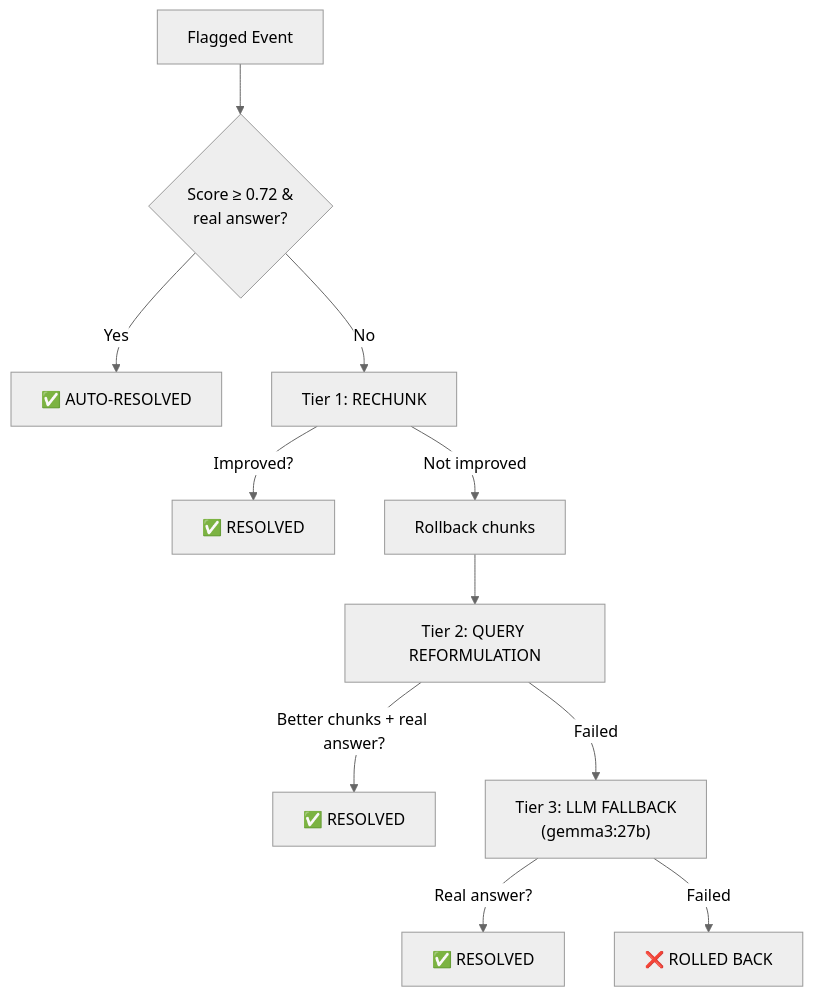
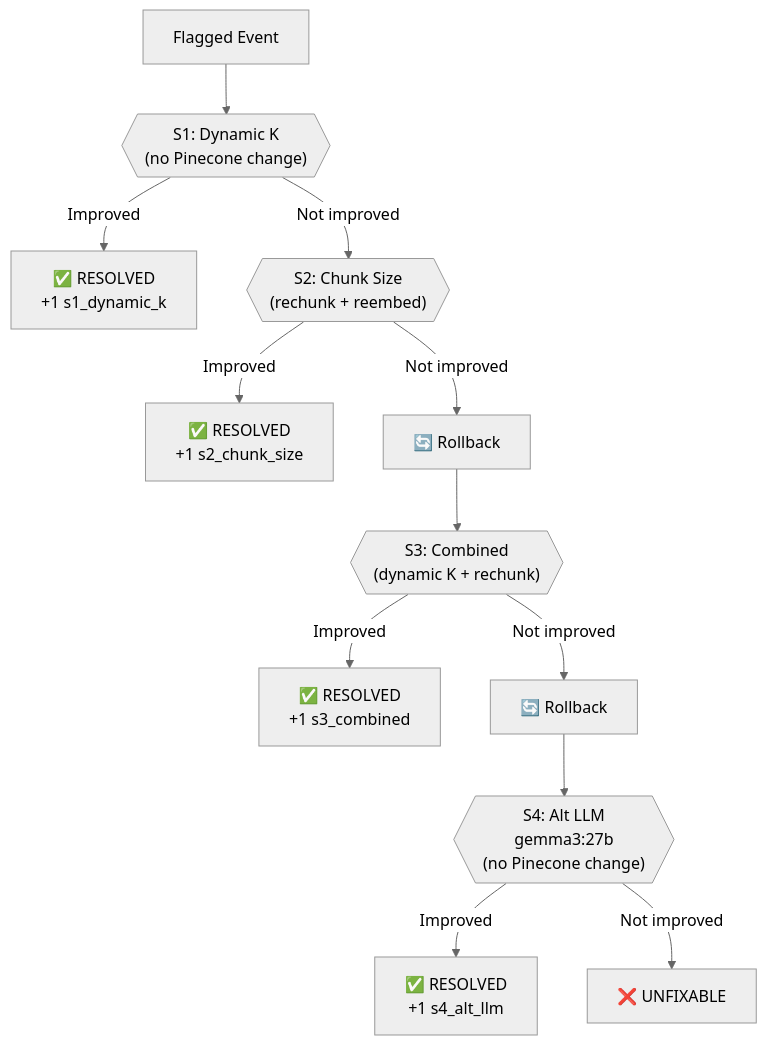
The second of 3 diagrams in explanation.md (Ayaan0777/Self-Organizing-RAG), drawn with Mermaid (neutral theme) before and after one commit. The commit also changed other lines of this file and 16 other files, not shown here.

````diff
--- a/explanation.md
+++ b/explanation.md
@@ -135,13 +183,12 @@
 ```mermaid
 flowchart TD
-    START["Flagged Event"] --> AUTO{"Score ≥ 0.72 &\nreal answer?"}
-    AUTO -->|Yes| DONE["✅ AUTO-RESOLVED"]
-    AUTO -->|No| T1["Tier 1: RECHUNK"]
-    T1 --> |"Improved?"| T1Y["✅ RESOLVED"]
-    T1 --> |"Not improved"| ROLL["Rollback chunks"]
-    ROLL --> T2["Tier 2: QUERY REFORMULATION"]
-    T2 --> |"Better chunks + real answer?"| T2Y["✅ RESOLVED"]
-    T2 --> |"Failed"| T3["Tier 3: LLM FALLBACK\n(gemma3:27b)"]
-    T3 --> |"Real answer?"| T3Y["✅ RESOLVED"]
-    T3 --> |"Failed"| FAIL["❌ ROLLED BACK"]
+    START["Flagged Event"] --> S1{{"S1: Dynamic K\n(no Pinecone change)"}}
+    S1 -->|Improved| WIN1["✅ RESOLVED\n+1 s1_dynamic_k"]
+    S1 -->|Not improved| S2{{"S2: Chunk Size\n(rechunk + reembed)"}}
+    S2 -->|Improved| WIN2["✅ RESOLVED\n+1 s2_chunk_size"]
+    S2 -->|Not improved| ROLL2["🔄 Rollback"] --> S3{{"S3: Combined\n(dynamic K + rechunk)"}}
+    S3 -->|Improved| WIN3["✅ RESOLVED\n+1 s3_combined"]
+    S3 -->|Not improved| ROLL3["🔄 Rollback"] --> S4{{"S4: Alt LLM\ngemma3:27b\n(no Pinecone change)"}}
+    S4 -->|Improved| WIN4["✅ RESOLVED\n+1 s4_alt_llm"]
+    S4 -->|Not improved| FAIL["❌ UNFIXABLE"]
 ```
````
